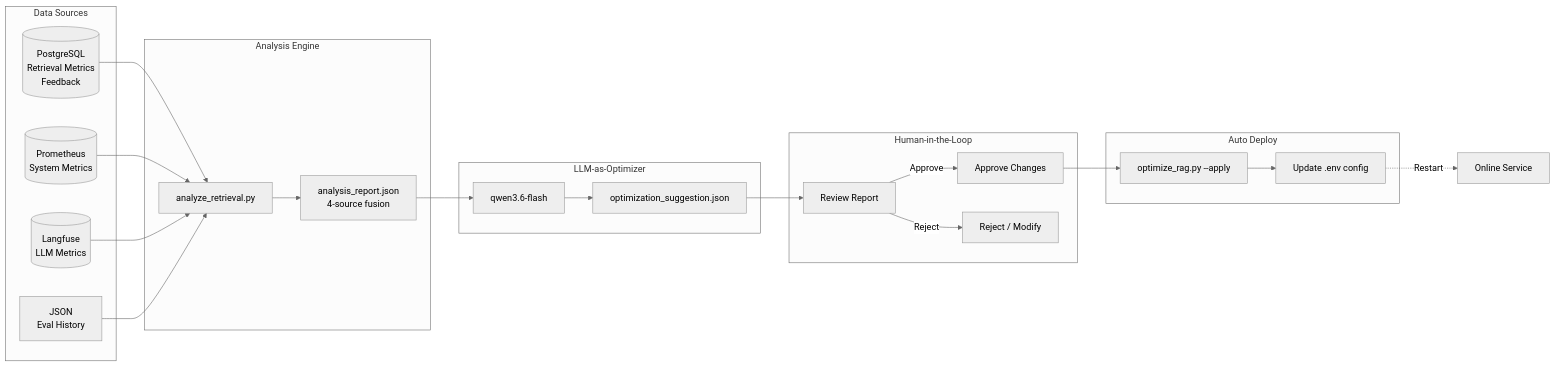
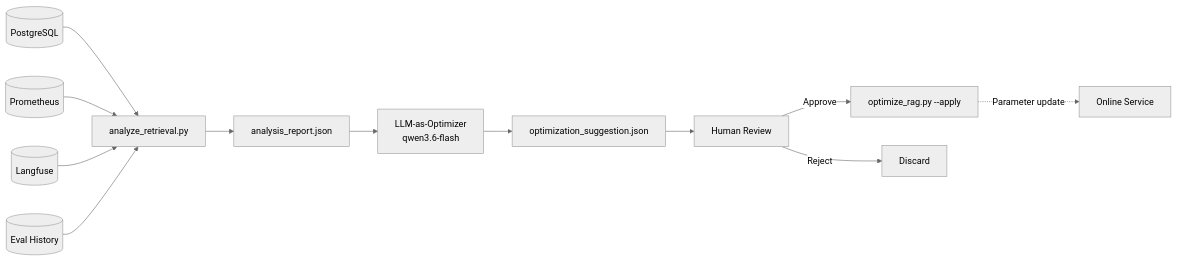
One commit to kanchengw/NexusGraph changed the third of 6 diagrams in README.md. Above: the diagram before and after it, drawn with Mermaid (neutral theme). The commit also changed other lines of this file and 4 other files, not shown here.

Commit message:
feat: Streamlit UI, LLM answer generation in /query, fix missing prompt files, source_docs in response

````diff
--- a/README.md
+++ b/README.md
@@ -95,44 +57,17 @@
 ```mermaid
 flowchart LR
-    subgraph Sources["Data Sources"]
-        PG[("PostgreSQL<br/>Retrieval Metrics<br/>Feedback")]
-        PROM[("Prometheus<br/>System Metrics")]
-        LF[("Langfuse<br/>LLM Metrics")]
-        JSON[JSON<br/>Eval History]
-    end
+    PG[(PostgreSQL)] --> AR[analyze_retrieval.py]
+    PROM[(Prometheus)] --> AR
+    LF[(Langfuse)] --> AR
+    JSON[(Eval History)] --> AR
 
-    subgraph Analysis["Analysis Engine"]
-        AR[analyze_retrieval.py]
-        REPORT[analysis_report.json<br/>4-source fusion]
-    end
+    AR --> Report[analysis_report.json]
+    Report --> LLM["LLM-as-Optimizer<br/>qwen3.6-flash"]
+    LLM --> Sugg[optimization_suggestion.json]
+    Sugg --> Human[Human Review]
 
-    subgraph Optimization["LLM-as-Optimizer"]
-        LLM[qwen3.6-flash]
-        SUGG[optimization_suggestion.json]
-    end
+    Human -->|Approve| Deploy["optimize_rag.py --apply"]
+    Deploy -.->|Parameter update| Online[Online Service]
 
-    subgraph HumanLoop["Human-in-the-Loop"]
-        REVIEW[Review Report]
-        APPROVE[Approve Changes]
-        REJECT[Reject / Modify]
-    end
-
-    subgraph Deploy["Auto Deploy"]
-        APPLY[optimize_rag.py --apply]
-        CONFIG[Update .env config]
-    end
-
-    PG --> AR
-    PROM --> AR
-    LF --> AR
-    JSON --> AR
-    AR --> REPORT
-    REPORT --> LLM
-    LLM --> SUGG
-    SUGG --> REVIEW
-    REVIEW -->|Approve| APPROVE
-    REVIEW -->|Reject| REJECT
-    APPROVE --> APPLY
-    APPLY --> CONFIG
-    CONFIG -.->|Restart| Online[Online Service]
+    Human -->|Reject| End[Discard]
 ```
````
